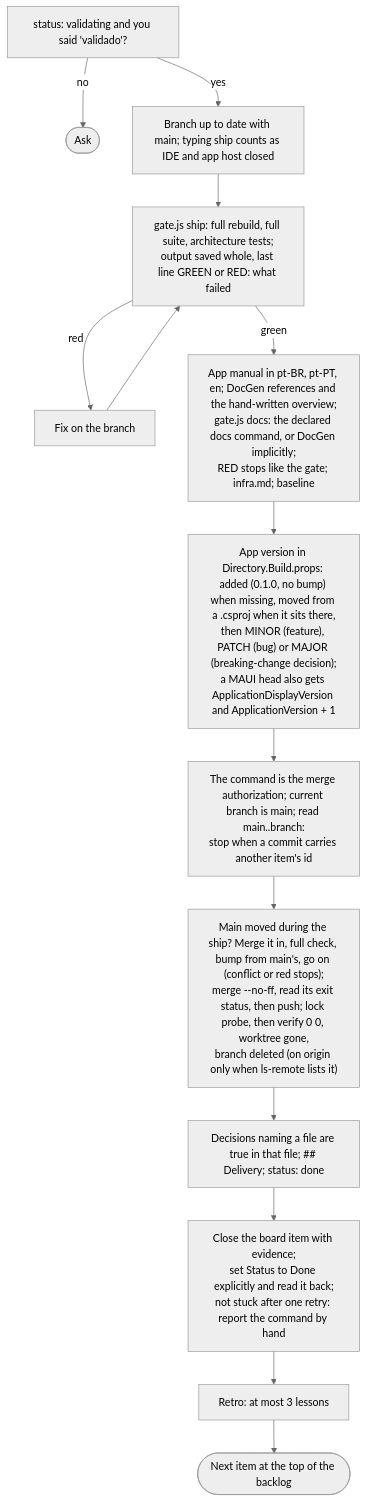
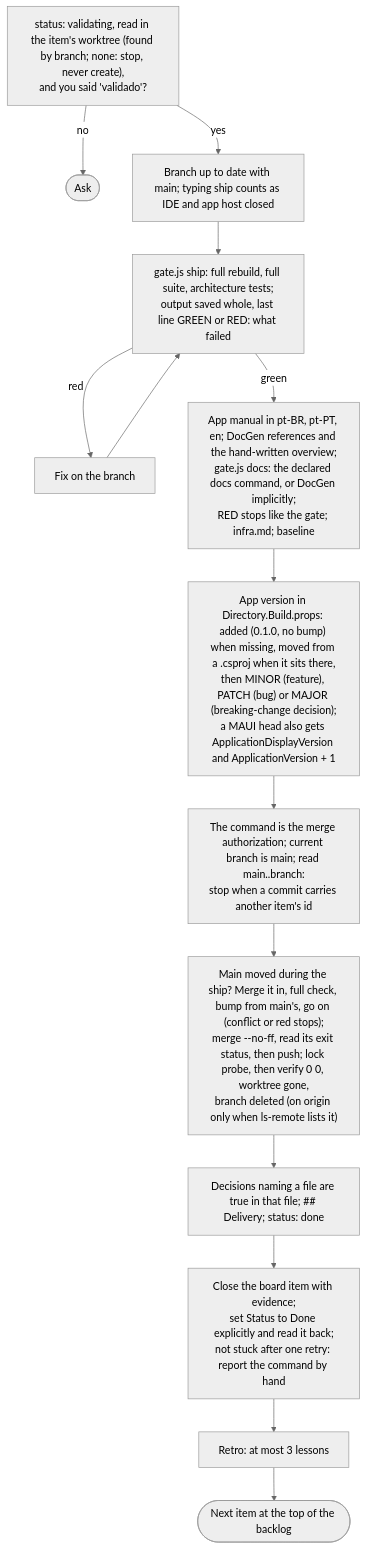
One commit to alexcanario/simulab changed diagram 12 of 20 in docs/agile/workflow.md. Above: the diagram before and after it, drawn with Mermaid (neutral theme). The commit also changed other lines of this file and 11 other files, not shown here.

````diff
--- a/docs/agile/workflow.md
+++ b/docs/agile/workflow.md
@@ -2625,16 +2780,16 @@
 ```mermaid
 flowchart TD
-    A["status: validating and you said 'validado'?"] -->|no| A1(["Ask"])
+    A["status: validating, read in the item's worktree (found by branch; none: stop, never create),<br/>and you said 'validado'?"] -->|no| A1(["Ask"])
     A -->|yes| B["Branch up to date with main; typing ship counts as IDE and app host closed"]
     B --> C["gate.js ship: full rebuild, full suite, architecture tests;<br/>output saved whole, last line GREEN or RED: what failed"]
     C -->|red| C1["Fix on the branch"]
     C1 --> C
     C -->|green| D["App manual in pt-BR, pt-PT, en; DocGen references and the hand-written overview;<br/>gate.js docs: the declared docs command, or DocGen implicitly;<br/>RED stops like the gate; infra.md; baseline"]
     D --> D1["App version in Directory.Build.props: added (0.1.0, no bump) when missing, moved from a .csproj when it sits there,<br/>then MINOR (feature), PATCH (bug) or MAJOR (breaking-change decision);<br/>a MAUI head also gets ApplicationDisplayVersion and ApplicationVersion + 1"]
     D1 --> E2["The command is the merge authorization; current branch is main; read main..branch:<br/>stop when a commit carries another item's id"]
     E2 --> F["Main moved during the ship? Merge it in, full check, bump from main's, go on (conflict or red stops);<br/>merge --no-ff, read its exit status, then push; lock probe, then verify 0 0, worktree gone,<br/>branch deleted (on origin only when ls-remote lists it)"]
     F --> G["Decisions naming a file are true in that file; ## Delivery; status: done"]
     G --> H["Close the board item with evidence;<br/>set Status to Done explicitly and read it back;<br/>not stuck after one retry: report the command by hand"]
     H --> I["Retro: at most 3 lessons"]
     I --> J(["Next item at the top of the backlog"])
 ```
````
